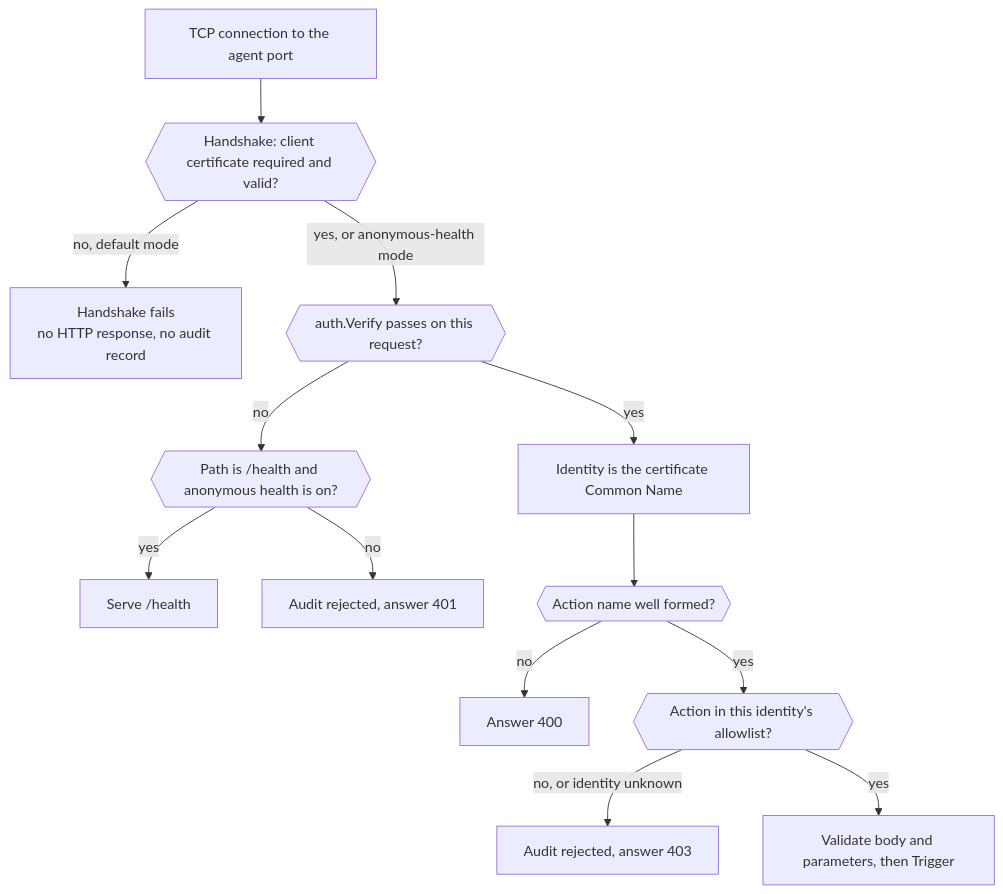
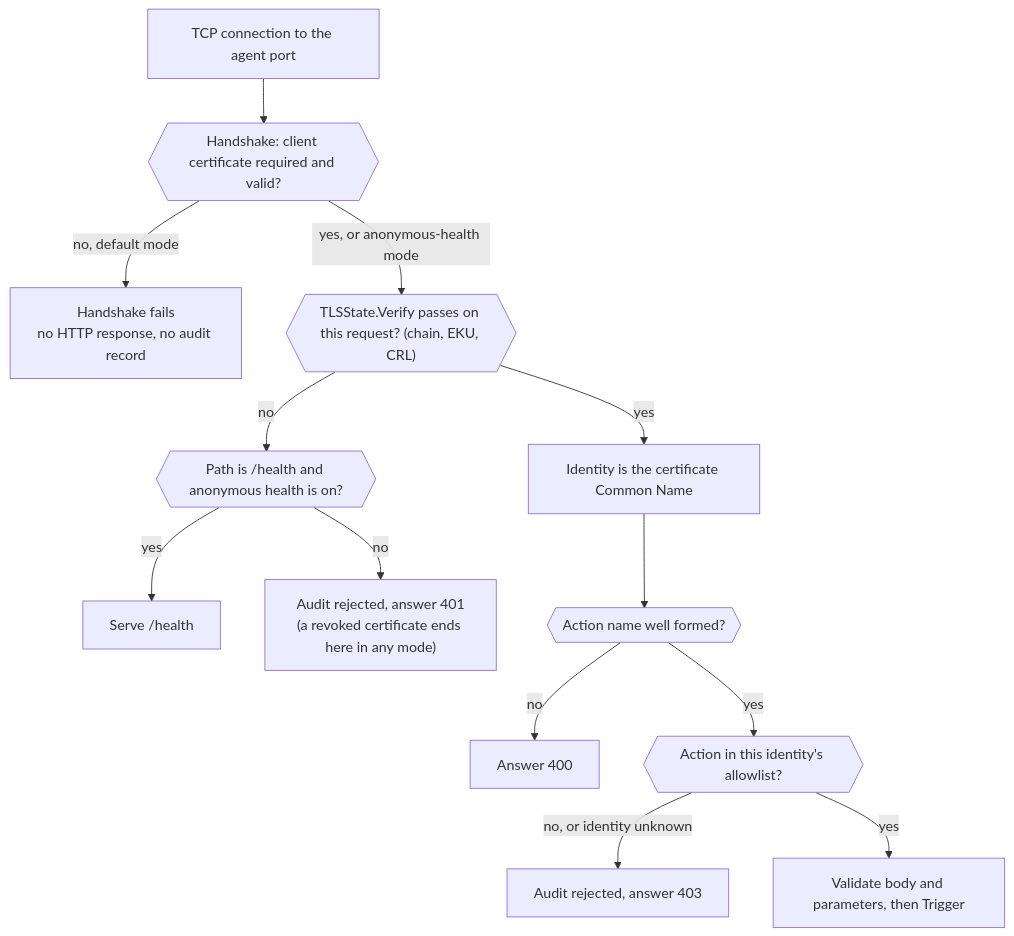
The diagram in presentation/diagrams/mermaid/authn.mmd (nuwandev/axiom), drawn with Mermaid before and after one commit. The commit also changed 16 other files, not shown here.

First line of the commit message:
docs: bring the architecture page up to v2.3.0

```diff
--- a/presentation/diagrams/mermaid/authn.mmd
+++ b/presentation/diagrams/mermaid/authn.mmd
@@ -1,15 +1,15 @@
 flowchart TD
     accTitle: Authentication and authorization flow
     accDescr: Handshake, per-request certificate verification, identity from the Common Name, action-name validation and the default-deny allowlist.
     A["TCP connection to the agent port"] --> B{{"Handshake: client certificate required and valid?"}}
     B -- "no, default mode" --> X1["Handshake fails<br/>no HTTP response, no audit record"]
-    B -- "yes, or anonymous-health mode" --> C{{"auth.Verify passes on this request?"}}
+    B -- "yes, or anonymous-health mode" --> C{{"TLSState.Verify passes on this request? (chain, EKU, CRL)"}}
     C -- "no" --> D{{"Path is /health and anonymous health is on?"}}
     D -- "yes" --> H["Serve /health"]
-    D -- "no" --> R1["Audit rejected, answer 401"]
+    D -- "no" --> R1["Audit rejected, answer 401<br/>(a revoked certificate ends here in any mode)"]
     C -- "yes" --> E["Identity is the certificate Common Name"]
     E --> F{{"Action name well formed?"}}
     F -- "no" --> R2["Answer 400"]
     F -- "yes" --> G{{"Action in this identity's allowlist?"}}
     G -- "no, or identity unknown" --> R3["Audit rejected, answer 403"]
     G -- "yes" --> I["Validate body and parameters, then Trigger"]
```
